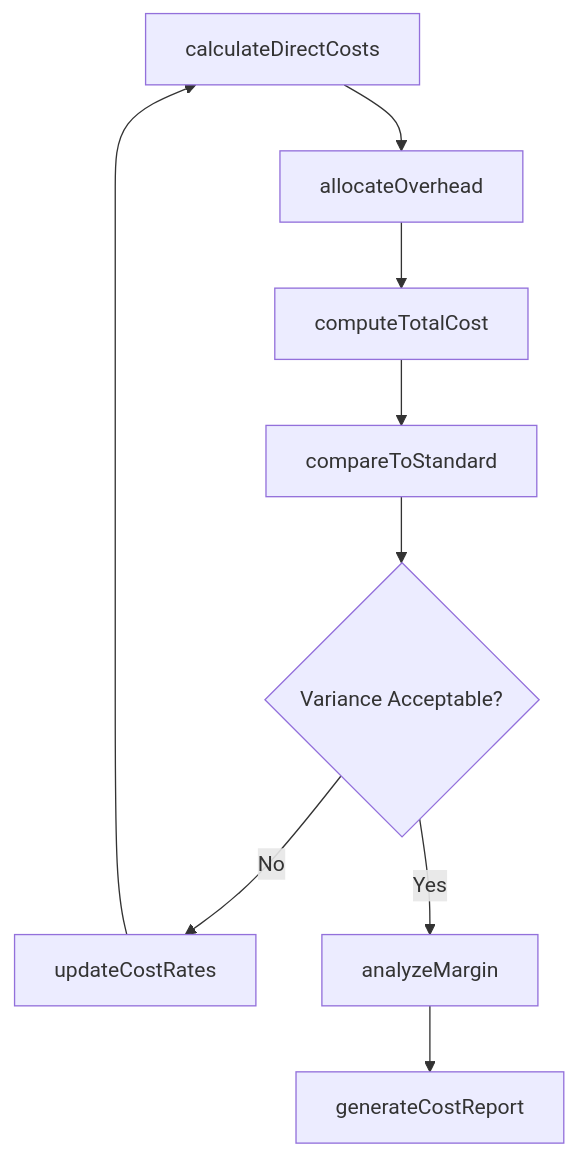
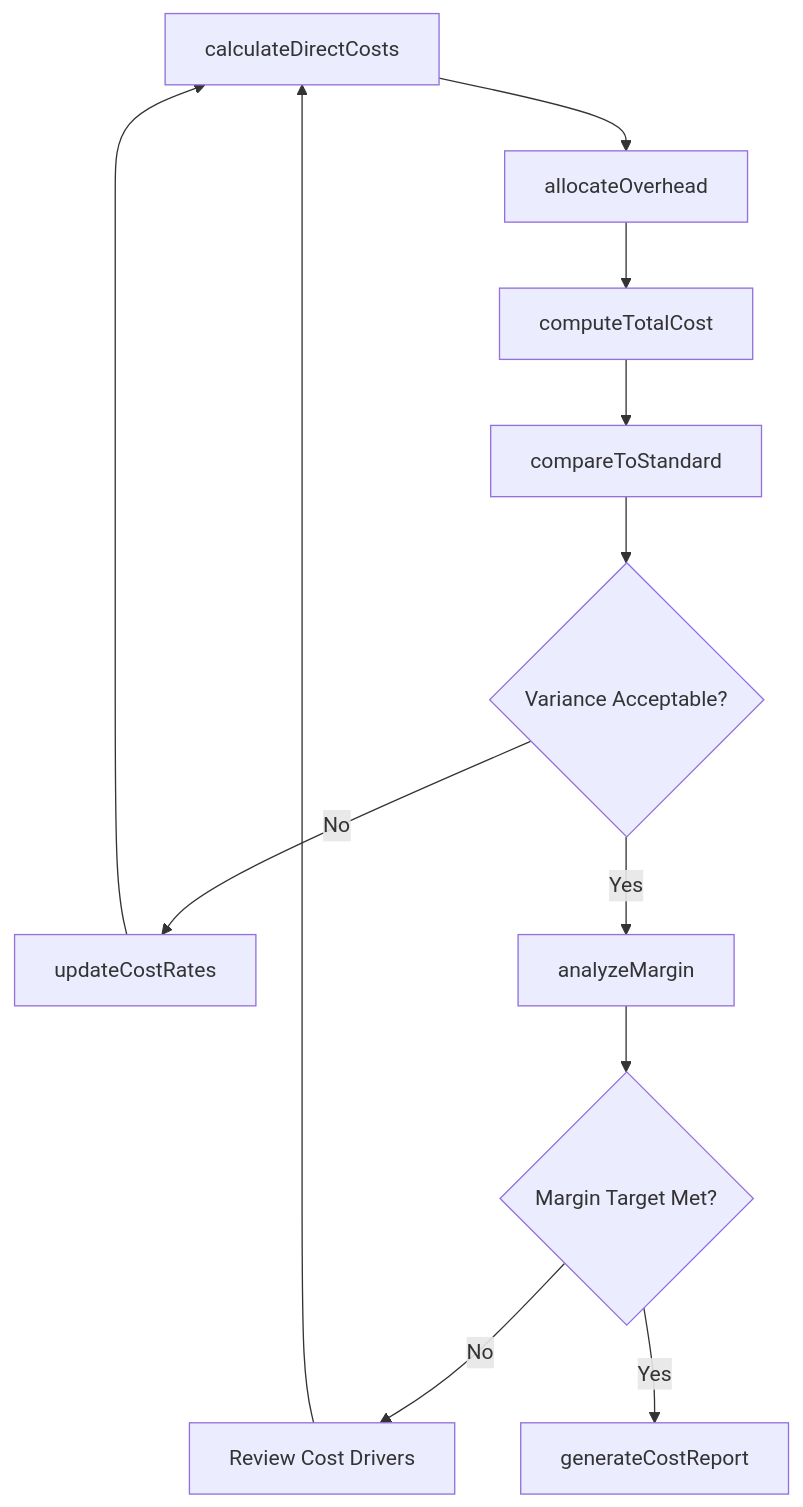
One commit to dot-org-ai/tasks.org.ai changed the third of 4 diagrams in MakingDecisionsAndSolvingProblems/DetermineValuesOrPricesOfGoodsOrServices/CalculateCostsGoodsServices.mdx. Above: the diagram before and after it, drawn with Mermaid. The commit also changed other lines of this file and 504 other files, not shown here.

First line of the commit message:
feat: Add ER diagrams, state diagrams, and workflow improvements to 96 DWA task files

````diff
--- a/MakingDecisionsAndSolvingProblems/DetermineValuesOrPricesOfGoodsOrServices/CalculateCostsGoodsServices.mdx
+++ b/MakingDecisionsAndSolvingProblems/DetermineValuesOrPricesOfGoodsOrServices/CalculateCostsGoodsServices.mdx
@@ -86,11 +113,14 @@
 ```mermaid
 graph TD
     A[calculateDirectCosts] --> B[allocateOverhead]
     B --> C[computeTotalCost]
     C --> D[compareToStandard]
     D --> E{Variance Acceptable?}
     E -->|No| F[updateCostRates]
     F --> A
     E -->|Yes| G[analyzeMargin]
-    G --> H[generateCostReport]
+    G --> H{Margin Target Met?}
+    H -->|No| I[Review Cost Drivers]
+    I --> A
+    H -->|Yes| J[generateCostReport]
 ```
````
